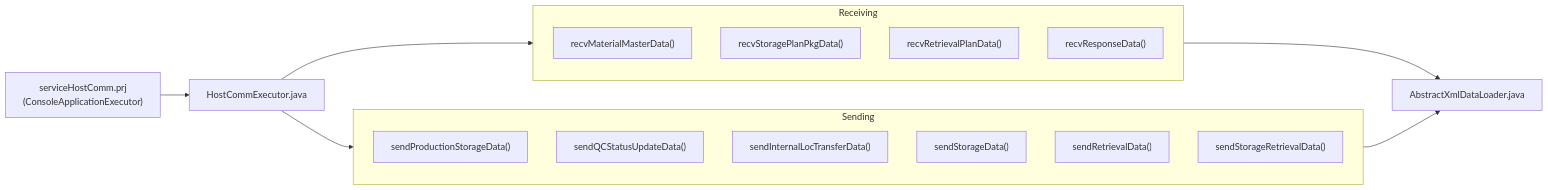
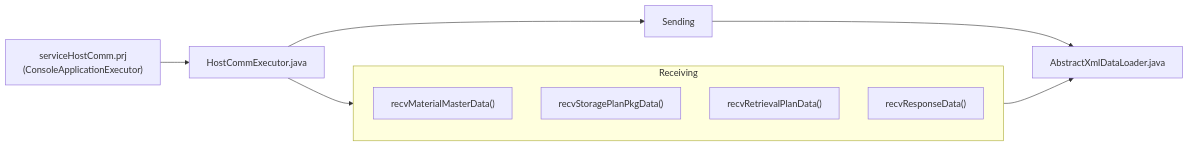
One commit to luthfiadityaa/SimeDarby-Wiki changed the first of 9 diagrams in Basic-Design/Host-Interfaces/Receive-Method.md. Above: the diagram before and after it, drawn with Mermaid.

Commit message:
Updated Receive Method

```diff
--- a/Basic-Design/Host-Interfaces/Receive-Method.md
+++ b/Basic-Design/Host-Interfaces/Receive-Method.md
@@ -23,25 +23,16 @@
 ::: mermaid
 flowchart LR
  C1["serviceHostComm.prj<br>(ConsoleApplicationExecutor)"]  
  C2["HostCommExecutor.java"]
  C13["AbstractXmlDataLoader.java"]
  C1 --> C2
  C2 --> Receiving --> C13
  C2 --> Sending --> C13
 
 subgraph Receiving
  C3["recvMaterialMasterData()"]
  C4["recvStoragePlanPkgData()"]
  C5["recvRetrievalPlanData()"]
  C6["recvResponseData()"]
 end
-
-subgraph Sending
- C7["sendProductionStorageData()"]
- C8["sendQCStatusUpdateData()"]
- C9["sendInternalLocTransferData()"]
- C10["sendStorageData()"]
- C11["sendRetrievalData()"]
- C12["sendStorageRetrievalData()"]
-end
 :::
```
